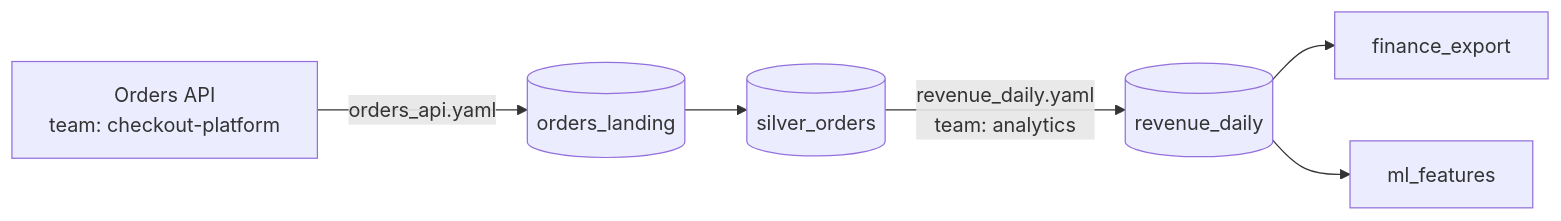
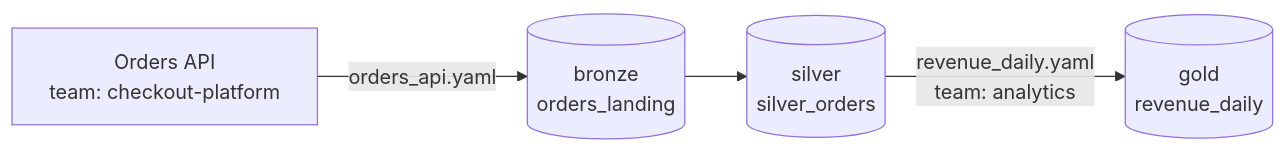
Before and after one commit to firstprinciplesde/data-contracts-on-databricks-demo: the diagram in README.md, drawn with Mermaid. The commit also changed other lines of this file and 8 other files, not shown here.

````diff
--- a/README.md
+++ b/README.md
@@ -13,8 +13,6 @@
 ```mermaid
 flowchart LR
-  A["Orders API<br/>team: checkout-platform"] -- "orders_api.yaml" --> B[("orders_landing")]
-  B --> C[("silver_orders")]
-  C -- "revenue_daily.yaml<br/>team: analytics" --> D[("revenue_daily")]
-  D --> E["finance_export"]
-  D --> F["ml_features"]
+  A["Orders API<br/>team: checkout-platform"] -- "orders_api.yaml" --> B[("bronze<br/>orders_landing")]
+  B --> C[("silver<br/>silver_orders")]
+  C -- "revenue_daily.yaml<br/>team: analytics" --> D[("gold<br/>revenue_daily")]
 ```
````
